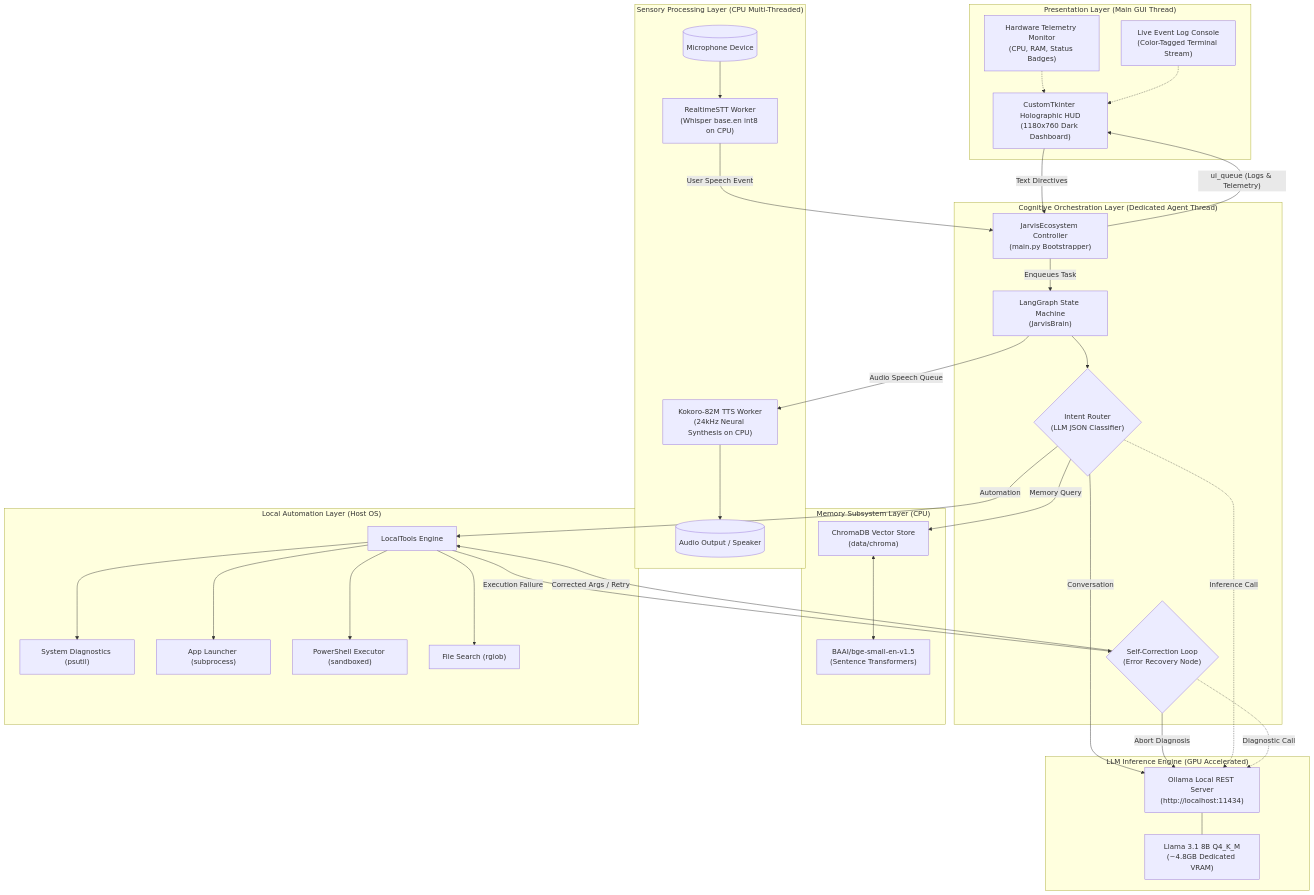
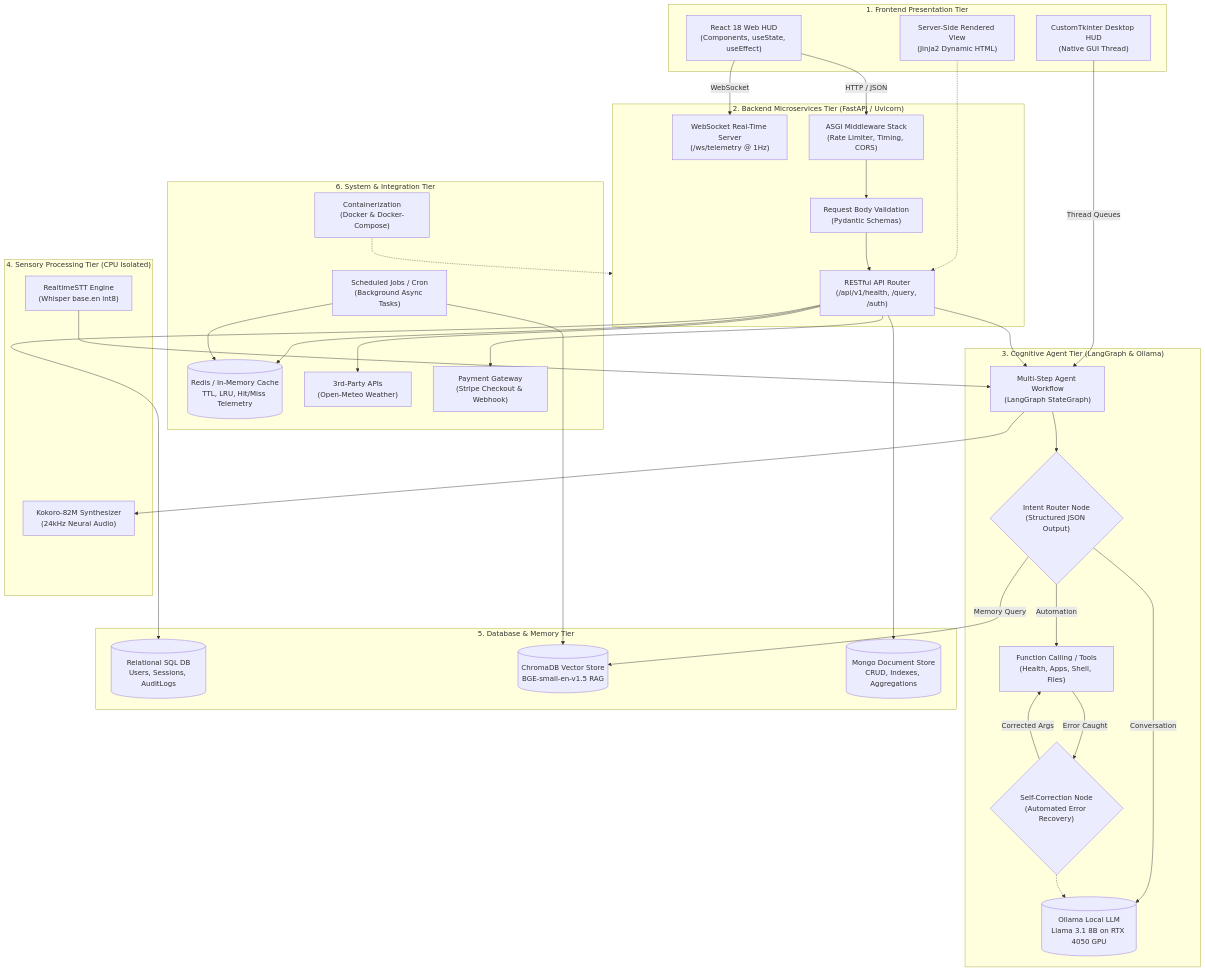
Before and after one commit to maheshnagireddy3006/J.A.R.V.I.S: the first of 2 diagrams in HLD.md, drawn with Mermaid. The commit also changed other lines of this file and 28 other files, not shown here.

Commit message:
feat: implement comprehensive architecture covering 50 viva concepts (REST, Auth, DB, NoSQL, Cache, React, Docker, Tests)

````diff
--- a/HLD.md
+++ b/HLD.md
@@ -20,69 +22,65 @@
 ```mermaid
 flowchart TD
-    subgraph UI_Layer ["Presentation Layer (Main GUI Thread)"]
-        UI["CustomTkinter Holographic HUD\n(1180x760 Dark Dashboard)"]
-        Telemetry["Hardware Telemetry Monitor\n(CPU, RAM, Status Badges)"]
-        Terminal["Live Event Log Console\n(Color-Tagged Terminal Stream)"]
+    subgraph Client_Tier ["1. Frontend Presentation Tier"]
+        DesktopHUD["CustomTkinter Desktop HUD\n(Native GUI Thread)"]
+        ReactWeb["React 18 Web HUD\n(Components, useState, useEffect)"]
+        SSRView["Server-Side Rendered View\n(Jinja2 Dynamic HTML)"]
     end
 
-    subgraph Sensory_Layer ["Sensory Processing Layer (CPU Multi-Threaded)"]
-        STT["RealtimeSTT Worker\n(Whisper base.en int8 on CPU)"]
-        TTS["Kokoro-82M TTS Worker\n(24kHz Neural Synthesis on CPU)"]
-        MIC[("Microphone Device")]
-        SPK[("Audio Output / Speaker")]
+    subgraph Backend_Tier ["2. Backend Microservices Tier (FastAPI / Uvicorn)"]
+        APIRouter["RESTful API Router\n(/api/v1/health, /query, /auth)"]
+        WSEndpoint["WebSocket Real-Time Server\n(/ws/telemetry @ 1Hz)"]
+        Middleware["ASGI Middleware Stack\n(Rate Limiter, Timing, CORS)"]
+        Validation["Request Body Validation\n(Pydantic Schemas)"]
     end
 
-    subgraph Core_Engine ["Cognitive Orchestration Layer (Dedicated Agent Thread)"]
-        Main["JarvisEcosystem Controller\n(main.py Bootstrapper)"]
-        Graph["LangGraph State Machine\n(JarvisBrain)"]
-        Router{"Intent Router\n(LLM JSON Classifier)"}
-        SelfHeal{"Self-Correction Loop\n(Error Recovery Node)"}
+    subgraph Agent_Tier ["3. Cognitive Agent Tier (LangGraph & Ollama)"]
+        MultiAgent["Multi-Step Agent Workflow\n(LangGraph StateGraph)"]
+        IntentRouter{"Intent Router Node\n(Structured JSON Output)"}
+        SelfCorrection{"Self-Correction Node\n(Automated Error Recovery)"}
+        ToolEngine["Function Calling / Tools\n(Health, Apps, Shell, Files)"]
+        OllamaEngine[("Ollama Local LLM\nLlama 3.1 8B on RTX 4050 GPU")]
     end
 
-    subgraph Memory_Layer ["Memory Subsystem Layer (CPU)"]
-        Chroma["ChromaDB Vector Store\n(data/chroma)"]
-        BGE["BAAI/bge-small-en-v1.5\n(Sentence Transformers)"]
+    subgraph Sensory_Tier ["4. Sensory Processing Tier (CPU Isolated)"]
+        STT["RealtimeSTT Engine\n(Whisper base.en int8)"]
+        TTS["Kokoro-82M Synthesizer\n(24kHz Neural Audio)"]
     end
 
-    subgraph Tool_Layer ["Local Automation Layer (Host OS)"]
-        Tools["LocalTools Engine"]
-        Health["System Diagnostics (psutil)"]
-        AppLaunch["App Launcher (subprocess)"]
-        Shell["PowerShell Executor (sandboxed)"]
-        FileSearch["File Search (rglob)"]
+    subgraph Data_Tier ["5. Database & Memory Tier"]
+        SQLDB[("Relational SQL DB\nUsers, Sessions, AuditLogs")]
+        ChromaStore[("ChromaDB Vector Store\nBGE-small-en-v1.5 RAG")]
+        DocStore[("Mongo Document Store\nCRUD, Indexes, Aggregations")]
     end
 
-    subgraph Model_Layer ["LLM Inference Engine (GPU Accelerated)"]
-        Ollama["Ollama Local REST Server\n(http://localhost:11434)"]
-        Llama["Llama 3.1 8B Q4_K_M\n(~4.8GB Dedicated VRAM)"]
+    subgraph System_Tier ["6. System & Integration Tier"]
+        RedisCache[("Redis / In-Memory Cache\nTTL, LRU, Hit/Miss Telemetry")]
+        CronJob["Scheduled Jobs / Cron\n(Background Async Tasks)"]
+        ExtAPI["3rd-Party APIs\n(Open-Meteo Weather)"]
+        PaymentGW["Payment Gateway\n(Stripe Checkout & Webhook)"]
+        DockerEnv["Containerization\n(Docker & Docker-Compose)"]
     end
 
-    %% Audio connections
-    MIC --> STT
-    STT -->|"User Speech Event"| Main
-    Main -->|"Enqueues Task"| Graph
-    Graph -->|"Audio Speech Queue"| TTS
-    TTS --> SPK
+    %% Inter-tier connections
+    ReactWeb -->|HTTP / JSON| Middleware
+    ReactWeb -->|WebSocket| WSEndpoint
+    DesktopHUD -->|Thread Queues| MultiAgent
+    SSRView -.-> APIRouter
 
-    %% UI Connections
-    UI -->|"Text Directives"| Main
-    Main -->|"ui_queue (Logs & Telemetry)"| UI
-    Telemetry -.-> UI
-    Terminal -.-> UI
+    Middleware --> Validation --> APIRouter
+    APIRouter --> MultiAgent
+    APIRouter --> SQLDB & DocStore & RedisCache & PaymentGW & ExtAPI
 
-    %% Brain Connections
-    Graph --> Router
-    Router -->|"Automation"| Tools
-    Router -->|"Memory Query"| Chroma
-    Router -->|"Conversation"| Ollama
-    Tools --> Health & AppLaunch & Shell & FileSearch
-    Tools -->|"Execution Failure"| SelfHeal
-    SelfHeal -->|"Corrected Args / Retry"| Tools
-    SelfHeal -->|"Abort Diagnosis"| Ollama
-    Chroma <--> BGE
+    MultiAgent --> IntentRouter
+    IntentRouter -->|Automation| ToolEngine
+    IntentRouter -->|Memory Query| ChromaStore
+    IntentRouter -->|Conversation| OllamaEngine
+    ToolEngine -->|Error Caught| SelfCorrection
+    SelfCorrection -->|Corrected Args| ToolEngine
+    SelfCorrection -.-> OllamaEngine
 
-    %% Model bindings
-    Router -.->|"Inference Call"| Ollama
-    SelfHeal -.->|"Diagnostic Call"| Ollama
-    Ollama --- Llama
+    STT --> MultiAgent
+    MultiAgent --> TTS
+    CronJob --> ChromaStore & RedisCache
+    DockerEnv -.-> Backend_Tier
 ```
````
